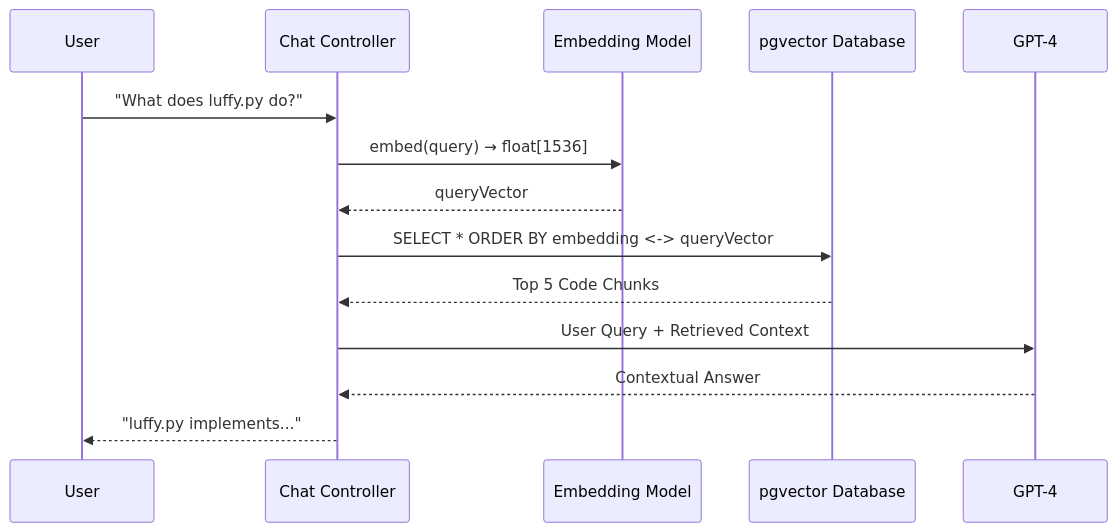
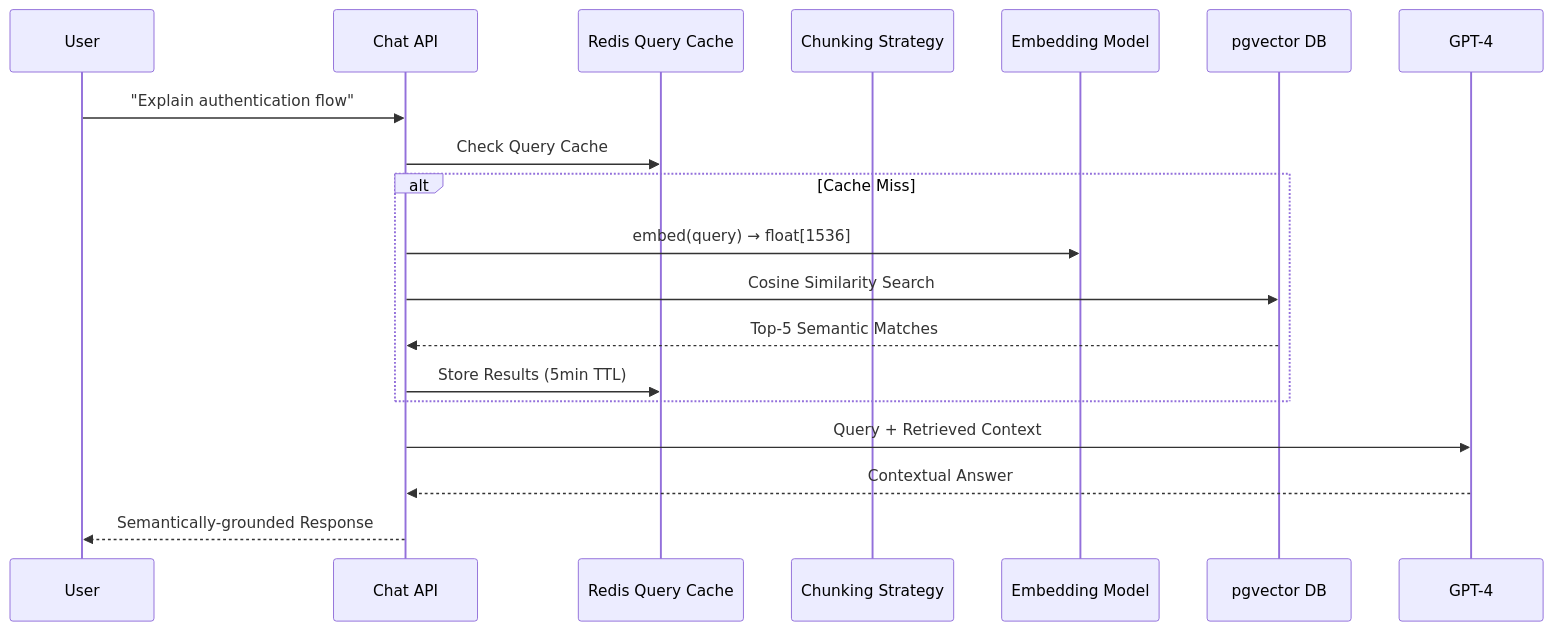
The fourth of 4 diagrams in RepoMind/README.md (Laxman-Katneni/RepoMind), drawn with Mermaid before and after one commit. The commit also changed other lines of this file, not shown here.

````diff
--- a/RepoMind/README.md
+++ b/RepoMind/README.md
@@ -108,17 +400,22 @@
 ```mermaid
 sequenceDiagram
     participant U as User
-    participant API as Chat Controller
+    participant API as Chat API
+    participant Cache as Redis Query Cache
+    participant CS as Chunking Strategy
     participant EMB as Embedding Model
-    participant VDB as pgvector Database
+    participant VDB as pgvector DB
     participant LLM as GPT-4
     
-    U->>API: "What does luffy.py do?"
-    API->>EMB: embed(query) → float[1536]
-    EMB-->>API: queryVector
-    API->>VDB: SELECT * ORDER BY embedding <-> queryVector
-    VDB-->>API: Top 5 Code Chunks
-    API->>LLM: User Query + Retrieved Context
+    U->>API: "Explain authentication flow"
+    API->>Cache: Check Query Cache
+    alt Cache Miss
+        API->>EMB: embed(query) → float[1536]
+        API->>VDB: Cosine Similarity Search
+        VDB-->>API: Top-5 Semantic Matches
+        API->>Cache: Store Results (5min TTL)
+    end
+    API->>LLM: Query + Retrieved Context
     LLM-->>API: Contextual Answer
-    API-->>U: "luffy.py implements..."
+    API-->>U: Semantically-grounded Response
 ```
````
